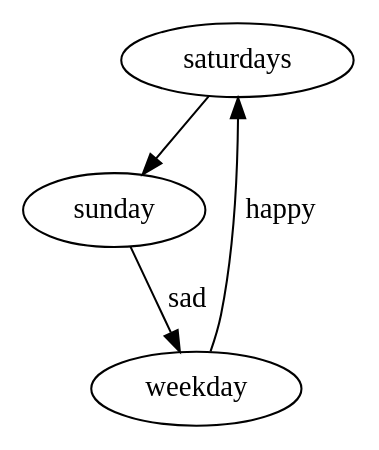
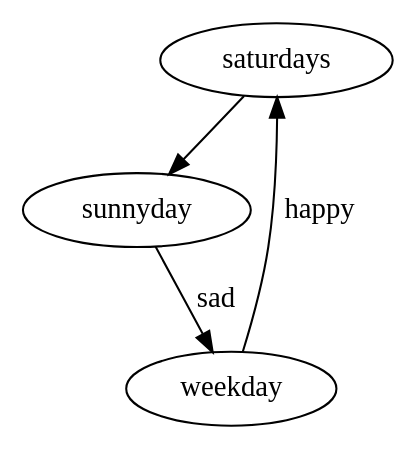
The diagram in dot/dot1.dot (txts/txts), drawn with Graphviz before and after one commit. The commit also changed 1 other file, not shown here.

```diff
--- a/dot/dot1.dot
+++ b/dot/dot1.dot
@@ -1,6 +1,6 @@
 digraph {
-  saturdays -> sunday 
-  sunday  -> weekday [label="sad"];
+  saturdays -> sunnyday 
+  sunnyday  -> weekday [label="sad"];
   weekday -> saturdays [label="happy"];
   
 }
```
